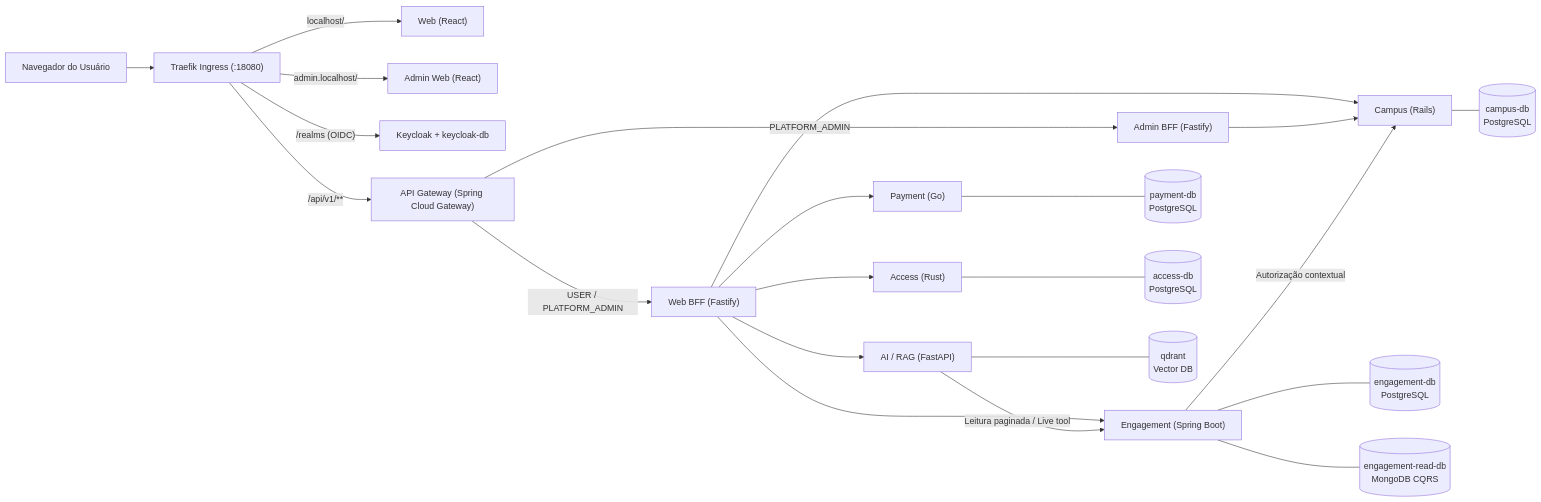
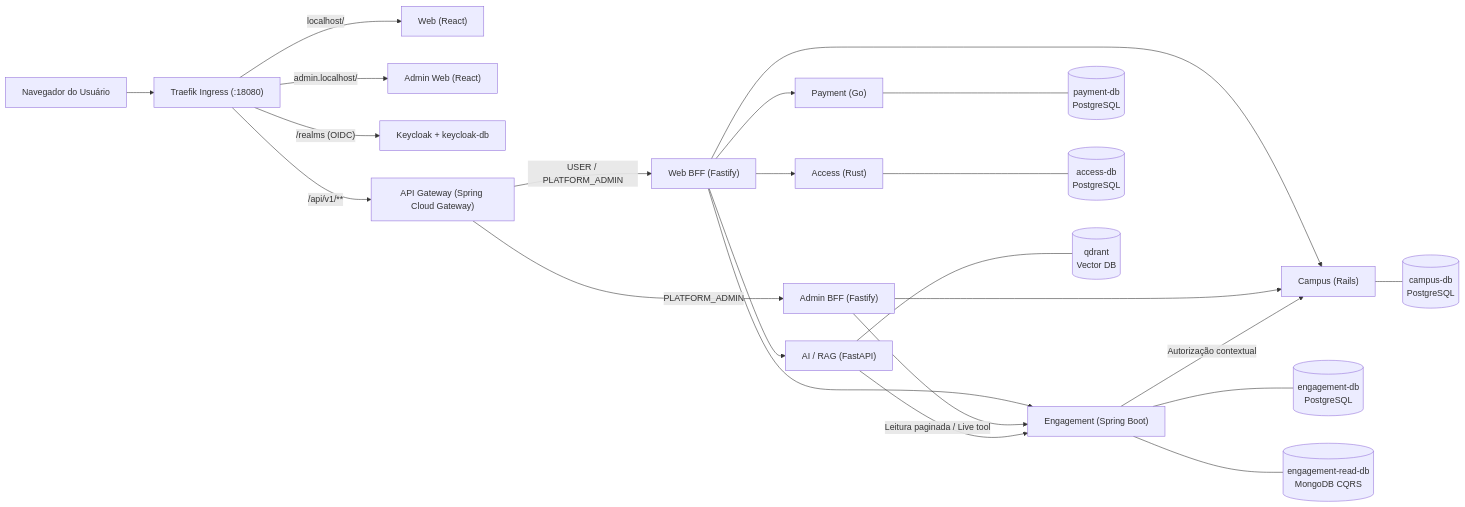
The first of 3 diagrams in docs/ARCHITECTURE.md (rafaelsilvamartins30/sistemas-distribuidos), drawn with Mermaid before and after one commit. The commit also changed 251 other files, not shown here.

````diff
--- a/docs/ARCHITECTURE.md
+++ b/docs/ARCHITECTURE.md
@@ -9,30 +9,31 @@
 ```mermaid
 flowchart LR
     Browser["Navegador do Usuário"] --> Ingress["Traefik Ingress (:18080)"]
 
     Ingress -->|"localhost/"| Web["Web (React)"]
     Ingress -->|"admin.localhost/"| AdminWeb["Admin Web (React)"]
     Ingress -->|"/realms (OIDC)"| Keycloak["Keycloak + keycloak-db"]
     Ingress -->|"/api/v1/**"| Gateway["API Gateway (Spring Cloud Gateway)"]
 
     Gateway -->|"USER / PLATFORM_ADMIN"| WebBFF["Web BFF (Fastify)"]
     Gateway -->|"PLATFORM_ADMIN"| AdminBFF["Admin BFF (Fastify)"]
 
     WebBFF --> Campus["Campus (Rails)"]
     WebBFF --> Engagement["Engagement (Spring Boot)"]
     WebBFF --> Payment["Payment (Go)"]
     WebBFF --> Access["Access (Rust)"]
     WebBFF --> AiRag["AI / RAG (FastAPI)"]
 
     AdminBFF --> Campus
+    AdminBFF --> Engagement
 
     Engagement -->|"Autorização contextual"| Campus
     AiRag -->|"Leitura paginada / Live tool"| Engagement
 
     Campus --- CampusDB[("campus-db\nPostgreSQL")]
     Engagement --- EngDB[("engagement-db\nPostgreSQL")]
     Engagement --- MongoDB[("engagement-read-db\nMongoDB CQRS")]
     Payment --- PayDB[("payment-db\nPostgreSQL")]
     Access --- AccDB[("access-db\nPostgreSQL")]
     AiRag --- Qdrant[("qdrant\nVector DB")]
 ```
````
